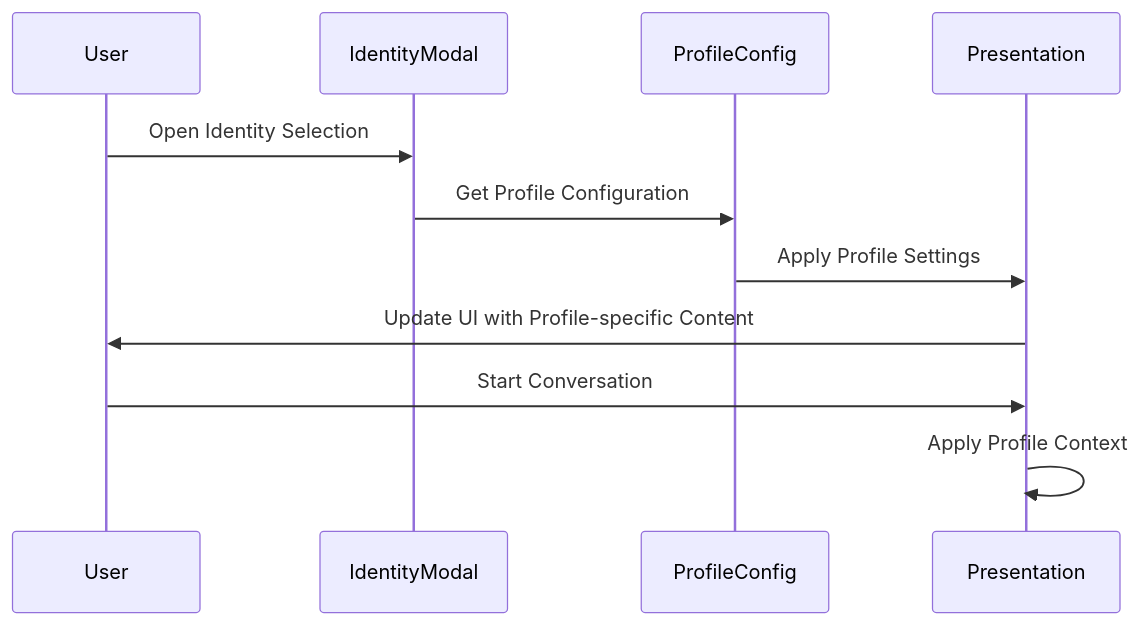
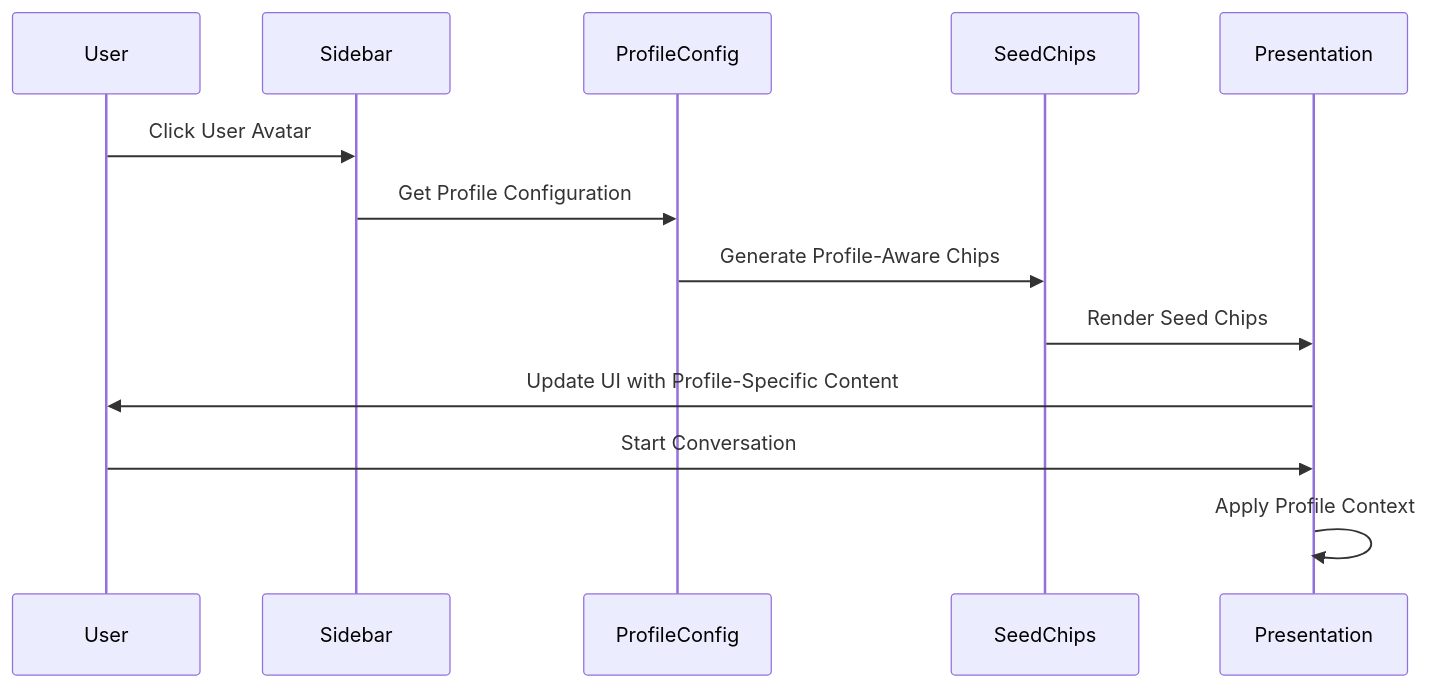
Before and after one commit to intellistream/sage-mate: the fifth of 19 diagrams in .qoder/repowiki/en/content/Core Components/Integrated Account Management View.md, drawn with Mermaid. The commit also changed other lines of this file and 121 other files, not shown here.

````diff
--- a/.qoder/repowiki/en/content/Core Components/Integrated Account Management View.md
+++ b/.qoder/repowiki/en/content/Core Components/Integrated Account Management View.md
@@ -254,13 +264,15 @@
 ```mermaid
 sequenceDiagram
 participant User as User
-participant IdentityModal as IdentityModal
+participant Sidebar as Sidebar
 participant ProfileConfig as ProfileConfig
+participant SeedChips as SeedChips
 participant Presentation as Presentation
-User->>IdentityModal : Open Identity Selection
-IdentityModal->>ProfileConfig : Get Profile Configuration
-ProfileConfig->>Presentation : Apply Profile Settings
-Presentation->>User : Update UI with Profile-specific Content
+User->>Sidebar : Click User Avatar
+Sidebar->>ProfileConfig : Get Profile Configuration
+ProfileConfig->>SeedChips : Generate Profile-Aware Chips
+SeedChips->>Presentation : Render Seed Chips
+Presentation->>User : Update UI with Profile-Specific Content
 User->>Presentation : Start Conversation
 Presentation->>Presentation : Apply Profile Context
 ```
````
